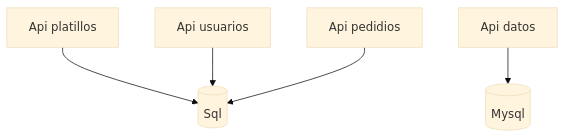
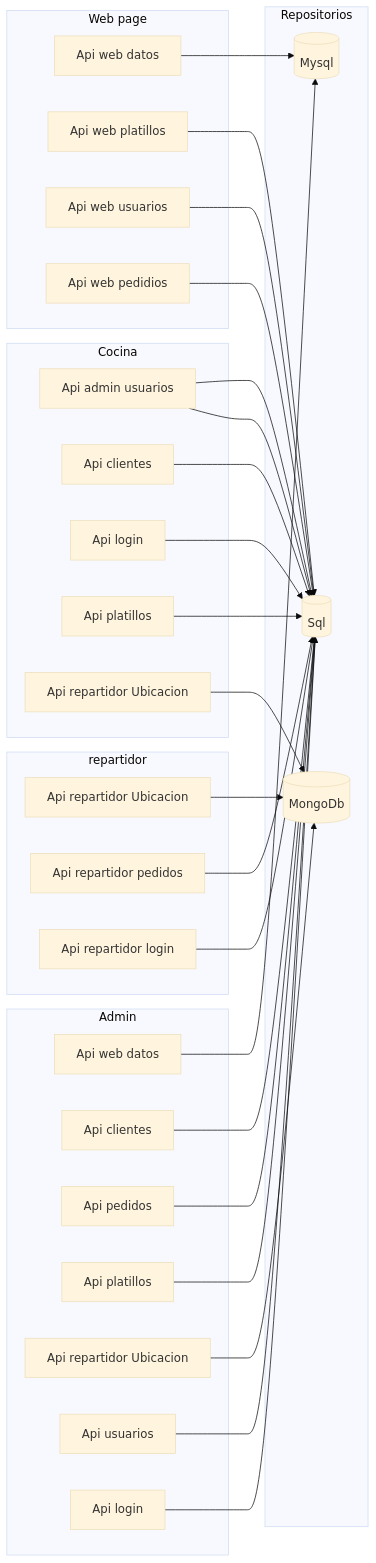
Before and after one commit to vmartinez1984/EntregasADomicilio.MicroServicios: the diagram in README.md, drawn with Mermaid (base theme).

````diff
--- a/README.md
+++ b/README.md
@@ -4,7 +4,42 @@
 ```mermaid
-flowchart TD
-    A[Api platillos] -->Db[(Sql)]
-    B[Api usuarios] --> Db
-    D[Api pedidios] --> Db
-    C[Api datos] -->DbMysql[(Mysql)]    
+flowchart LR
+    subgraph Repositorios
+        Db[(Sql)]
+        DbMysql[(Mysql)] 
+        DbMongo[(MongoDb)]
+    end
+
+    subgraph Web page
+        C[Api web datos] -->DbMysql
+        A[Api web platillos] -->Db
+        B[Api web usuarios] --> Db
+        D[Api web pedidios] --> Db
+    end
+    
+
+
+    subgraph Cocina
+        H[Api pedidos] -->Db
+        I[Api clientes] -->Db
+        J[Api login] -->Db
+        K[Api platillos] -->Db
+        L[Api repartidor Ubicacion] --> DbMongo
+    end
+
+    subgraph repartidor
+        G[Api repartidor Ubicacion] --> DbMongo
+        E[Api repartidor pedidos] --> Db
+        F[Api repartidor login] --> Db
+        H[Api admin usuarios] --> Db
+    end
+
+    subgraph Admin
+        M[Api web datos] --> DbMysql
+        N[Api clientes] --> Db
+        O[Api pedidos] --> Db
+        P[Api platillos] --> Db
+        Q[Api repartidor Ubicacion] --> DbMongo
+        R[Api usuarios] --> Db
+        S[Api login] --> Db
+    end
 ```
````
